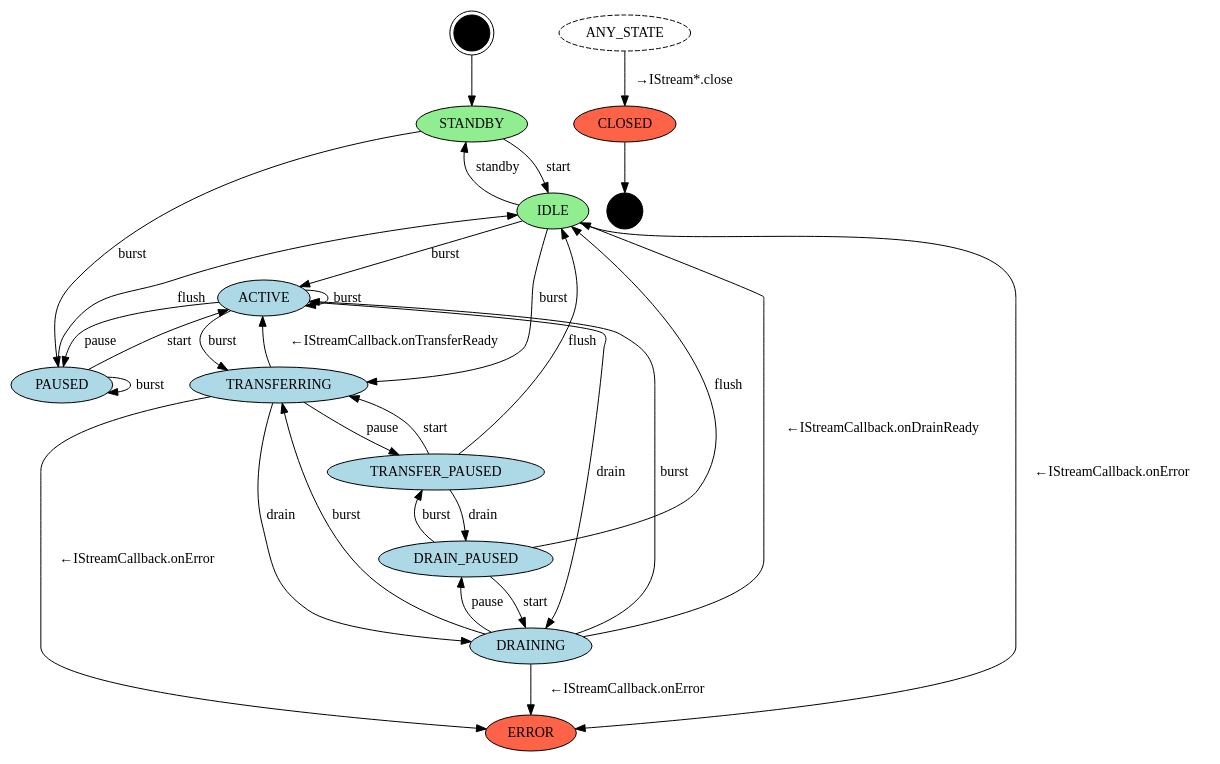
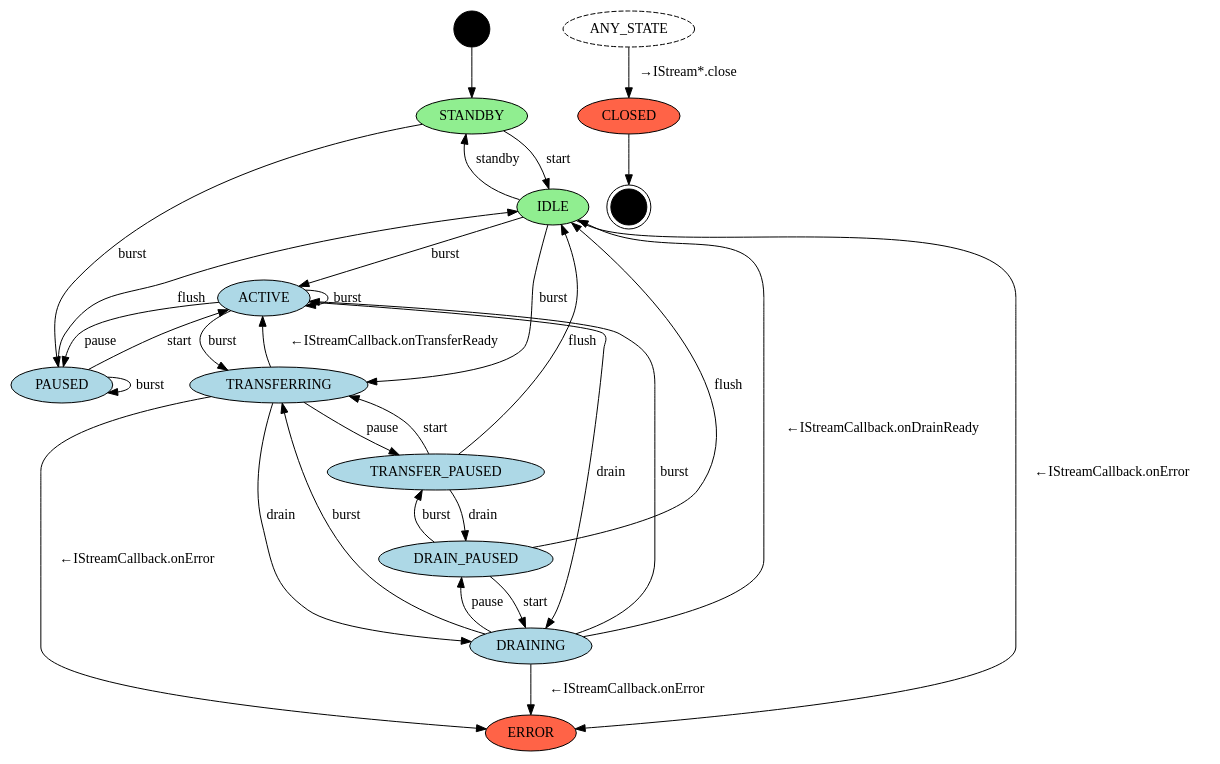
The diagram in audio/aidl/android/hardware/audio/core/stream-out-async-sm.gv (LineageOS/android_hardware_interfaces), drawn with Graphviz before and after one commit. The commit also changed 3 other files, not shown here.

```diff
--- a/audio/aidl/android/hardware/audio/core/stream-out-async-sm.gv
+++ b/audio/aidl/android/hardware/audio/core/stream-out-async-sm.gv
@@ -1,59 +1,59 @@
 // Copyright (C) 2022 The Android Open Source Project
 //
 // Licensed under the Apache License, Version 2.0 (the "License");
 // you may not use this file except in compliance with the License.
 // You may obtain a copy of the License at
 //
 //      http://www.apache.org/licenses/LICENSE-2.0
 //
 // Unless required by applicable law or agreed to in writing, software
 // distributed under the License is distributed on an "AS IS" BASIS,
 // WITHOUT WARRANTIES OR CONDITIONS OF ANY KIND, either express or implied.
 // See the License for the specific language governing permissions and
 // limitations under the License.
 
 // To render: dot -Tpng stream-out-async-sm.gv -o stream-out-async-sm.png
 digraph stream_out_async_state_machine {
-    node [shape=doublecircle style=filled fillcolor=black width=0.5] I;
-    node [shape=point width=0.5] F;
+    node [shape=point style=filled fillcolor=black width=0.5] I;
+    node [shape=doublecircle width=0.5] F;
     node [shape=oval width=1];
     node [fillcolor=lightgreen] STANDBY;  // buffer is empty
     node [fillcolor=lightgreen] IDLE;     // buffer is empty
     node [fillcolor=tomato] CLOSED;
     node [fillcolor=tomato] ERROR;
     node [style=dashed] ANY_STATE;
     node [fillcolor=lightblue style=filled];
     // Note that when the consumer (h/w) is passive, "burst" operations
     // complete synchronously, bypassing the TRANSFERRING state.
     I -> STANDBY;
     STANDBY -> IDLE [label="start"];                  // consumer -> active
     STANDBY -> PAUSED [label="burst"];                // producer -> active
     IDLE -> STANDBY [label="standby"];                // consumer -> passive
     IDLE -> TRANSFERRING [label="burst"];             // producer -> active
     IDLE -> ACTIVE [label="burst"];                   // full write
     ACTIVE -> PAUSED [label="pause"];                 // consumer -> passive (not consuming)
     ACTIVE -> DRAINING [label="drain"];               // producer -> passive
     ACTIVE -> TRANSFERRING [label="burst"];           // early unblocking
     ACTIVE -> ACTIVE [label="burst"];                 // full write
     TRANSFERRING -> ACTIVE [label="←IStreamCallback.onTransferReady"];
     TRANSFERRING -> TRANSFER_PAUSED [label="pause"];  // consumer -> passive (not consuming)
     TRANSFERRING -> DRAINING [label="drain"];         // producer -> passive
     TRANSFER_PAUSED -> TRANSFERRING [label="start"];  // consumer -> active
     TRANSFER_PAUSED -> DRAIN_PAUSED [label="drain"];  // producer -> passive
     TRANSFER_PAUSED -> IDLE [label="flush"];          // buffer is cleared
     PAUSED -> PAUSED [label="burst"];
     PAUSED -> ACTIVE [label="start"];                 // consumer -> active
     PAUSED -> IDLE [label="flush"];                   // producer -> passive, buffer is cleared
     DRAINING -> IDLE [label="←IStreamCallback.onDrainReady"];
     DRAINING -> TRANSFERRING [label="burst"];         // producer -> active
     DRAINING -> ACTIVE [label="burst"];               // full write
     DRAINING -> DRAIN_PAUSED [label="pause"];         // consumer -> passive (not consuming)
     DRAIN_PAUSED -> DRAINING [label="start"];         // consumer -> active
     DRAIN_PAUSED -> TRANSFER_PAUSED [label="burst"];  // producer -> active
     DRAIN_PAUSED -> IDLE [label="flush"];             // buffer is cleared
     IDLE -> ERROR [label="←IStreamCallback.onError"];
     DRAINING -> ERROR [label="←IStreamCallback.onError"];
     TRANSFERRING -> ERROR [label="←IStreamCallback.onError"];
     ANY_STATE -> CLOSED [label="→IStream*.close"];
     CLOSED -> F;
 }
```
